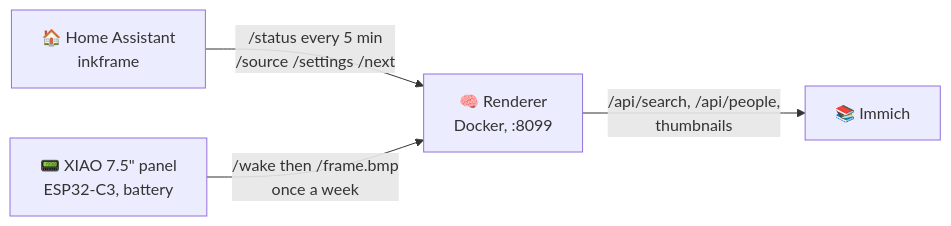
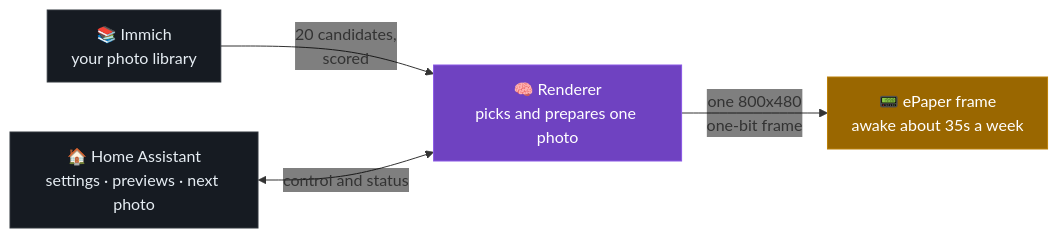
The first of 2 diagrams in README.md (CaputoDavide93/InkFrame-Immich), drawn with Mermaid before and after one commit. The commit also changed other lines of this file and 4 other files, not shown here.

First line of the commit message:
Fix the architecture diagram, and redraw the demo

````diff
--- a/README.md
+++ b/README.md
@@ -45,11 +45,19 @@
 ```mermaid
+%%{init: {"flowchart": {"curve": "basis", "padding": 12}, "themeVariables": {"edgeLabelBackground": "transparent"}}}%%
 flowchart LR
-    IM["📚 Immich"]
-    RS["🧠 Renderer<br/>Docker, :8099"]
-    HA["🏠 Home Assistant<br/>inkframe"]
-    PN["📟 XIAO 7.5&quot; panel<br/>ESP32-C3, battery"]
+    IM["📚 Immich<br/>your photo library"]
+    RS["🧠 Renderer<br/>picks and prepares one photo"]
+    PN["📟 ePaper frame<br/>awake about 35s a week"]
+    HA["🏠 Home Assistant<br/>settings · previews · next photo"]
 
-    RS -- "/api/search, /api/people,<br/>thumbnails" --> IM
-    HA -- "/status every 5 min<br/>/source /settings /next" --> RS
-    PN -- "/wake then /frame.bmp<br/>once a week" --> RS
+    IM -->|"20 candidates,<br/>scored"| RS
+    RS -->|"one 800x480<br/>one-bit frame"| PN
+    HA <-->|"control and status"| RS
+
+    classDef plain fill:#161b22,stroke:#30363d,color:#e6edf3
+    classDef hub fill:#6f42c1,stroke:#8957e5,color:#ffffff
+    classDef device fill:#9a6700,stroke:#bb8009,color:#ffffff
+    class IM,HA plain
+    class RS hub
+    class PN device
 ```
````
